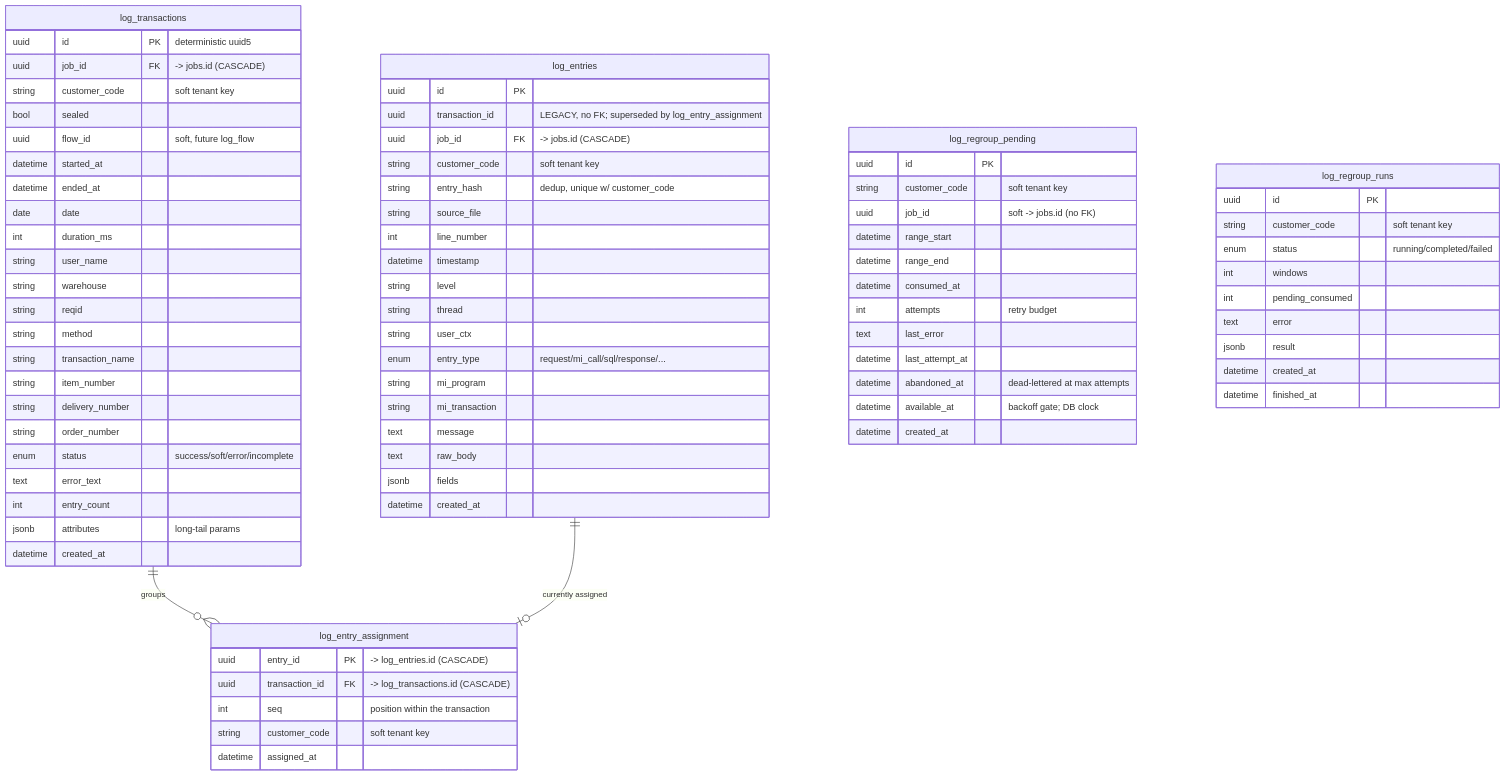
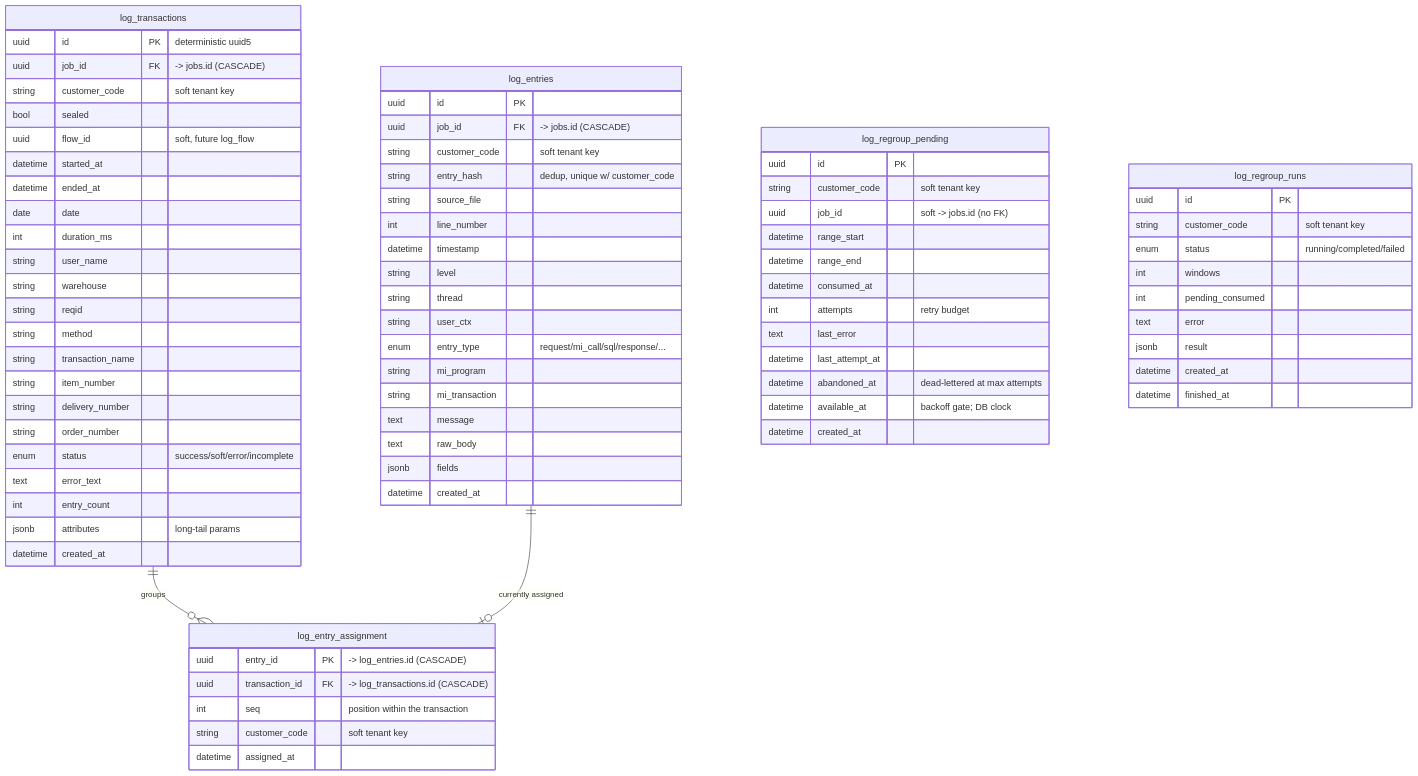
One commit to eamtalu/RAG-PipeLine changed the fourth of 10 diagrams in docs/database-er-diagram.md. Above: the diagram before and after it, drawn with Mermaid. The commit also changed other lines of this file and 10 other files, not shown here.

First line of the commit message:
feat(stage2)!: drop the legacy assignment columns — log_entries is now append-only

```diff
--- a/docs/database-er-diagram.md
+++ b/docs/database-er-diagram.md
@@ -219,7 +219,7 @@
 
     log_entries {
         uuid id PK
-        uuid transaction_id "LEGACY, no FK; superseded by log_entry_assignment"
+
         uuid job_id FK "-> jobs.id (CASCADE)"
         string customer_code "soft tenant key"
         string entry_hash "dedup, unique w/ customer_code"
```
